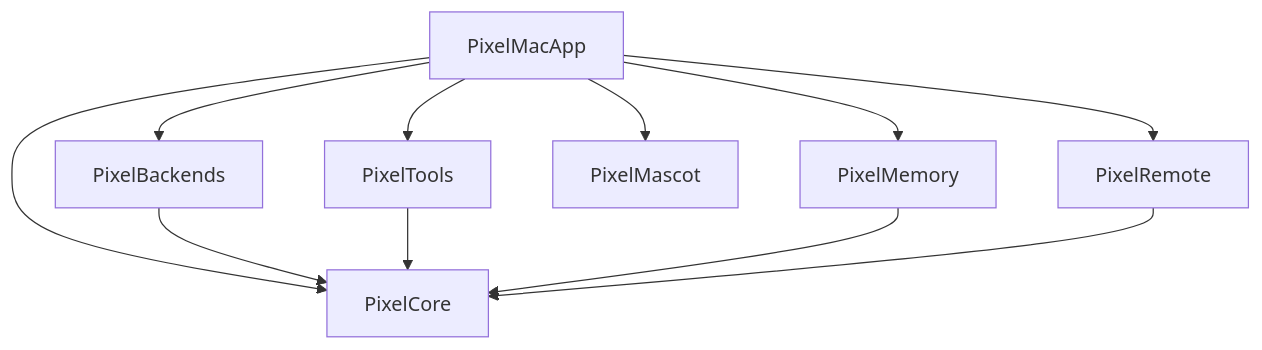
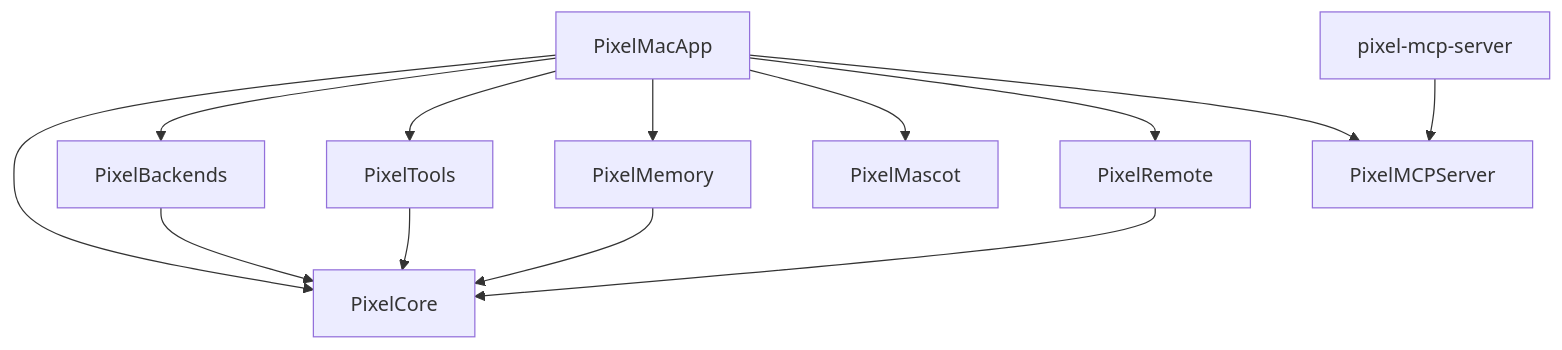
One commit to ErkutYavuzer/pixel-agent changed the diagram in README.md. Above: the diagram before and after it, drawn with Mermaid. The commit also changed other lines of this file and 2 other files, not shown here.

First line of the commit message:
docs: konsolidasyon — README + architecture.md v0.2.4 ile senkron

````diff
--- a/README.md
+++ b/README.md
@@ -27,13 +23,25 @@
 ```mermaid
 graph TD
-    App[PixelMacApp] --> Core[PixelCore]
-    App --> Backends[PixelBackends]
-    App --> Tools[PixelTools]
-    App --> Memory[PixelMemory]
-    App --> Mascot[PixelMascot]
-    App --> Remote[PixelRemote]
+    App[PixelMacApp]
+    MCP[pixel-mcp-server]
+    Core[PixelCore]
+    Backends[PixelBackends]
+    Tools[PixelTools]
+    Memory[PixelMemory]
+    Mascot[PixelMascot]
+    Remote[PixelRemote]
+    MCPLib[PixelMCPServer]
+
+    App --> Core
+    App --> Backends
+    App --> Tools
+    App --> Memory
+    App --> Mascot
+    App --> Remote
+    App --> MCPLib
+    MCP --> MCPLib
     Backends --> Core
     Tools --> Core
     Memory --> Core
     Remote --> Core
 ```
````
